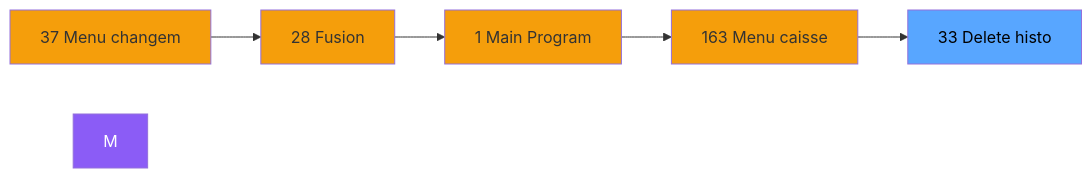
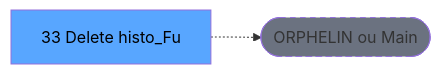
Before and after one commit to thonyAGP/lecteur-magic: the second of 3 diagrams in .openspec/renders/ADH-IDE-33.md, drawn with Mermaid. The commit also changed other lines of this file and 701 other files, not shown here.

````diff
--- a/.openspec/renders/ADH-IDE-33.md
+++ b/.openspec/renders/ADH-IDE-33.md
@@ -110,18 +117,8 @@
 ```mermaid
 graph LR
-    N37[37 Menu changem]
-    N28[28 Fusion]
-    N1[1 Main Program]
-    N163[163 Menu caisse ]
-    T[33 Delete histo]
-    N37 --> N28
-    N28 --> N1
-    N1 --> N163
-    N163 --> T
-    style M fill:#8b5cf6,color:#fff
-    style N37 fill:#f59e0b
-    style N28 fill:#f59e0b
-    style N1 fill:#f59e0b
-    style N163 fill:#f59e0b
+    T[33 Delete histo_Fu]
+    ORPHAN([ORPHELIN ou Main])
+    T -.-> ORPHAN
     style T fill:#58a6ff,color:#000
+    style ORPHAN fill:#6b7280,stroke-dasharray: 5 5
 ```
````
